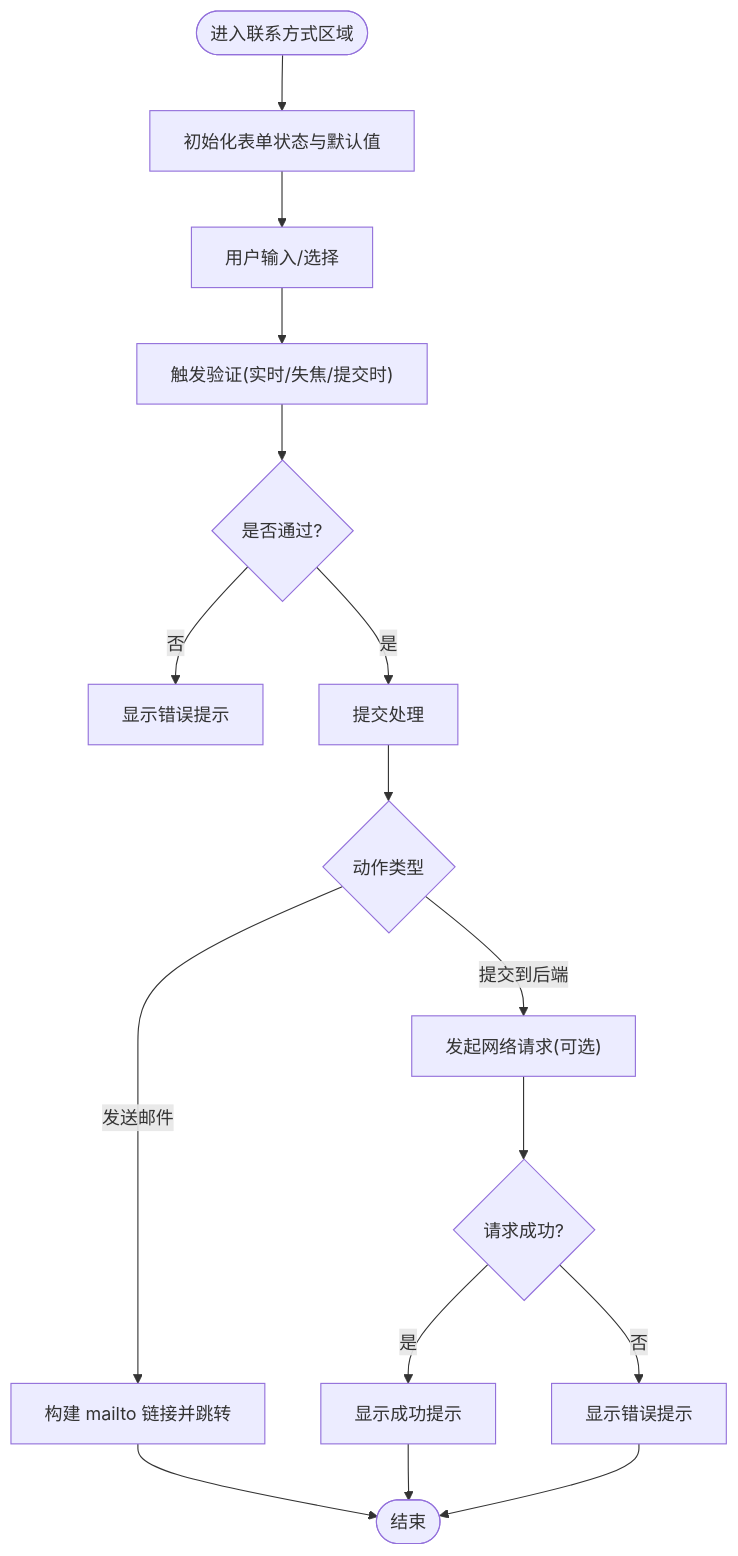
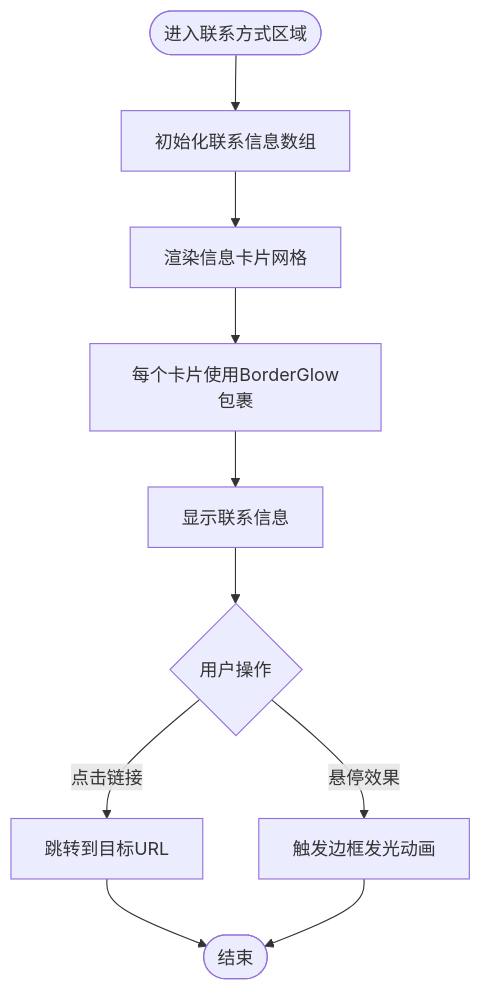
Before and after one commit to lithos666/lithos666.github.io: the third of 4 diagrams in .qoder/repowiki/zh/content/核心功能模块/联系方式组件.md, drawn with Mermaid. The commit also changed other lines of this file and 51 other files, not shown here.

````diff
--- a/.qoder/repowiki/zh/content/核心功能模块/联系方式组件.md
+++ b/.qoder/repowiki/zh/content/核心功能模块/联系方式组件.md
@@ -90,18 +116,12 @@
 ```mermaid
 flowchart TD
-Start(["进入联系方式区域"]) --> Init["初始化表单状态与默认值"]
-Init --> Input["用户输入/选择"]
-Input --> Validate["触发验证(实时/失焦/提交时)"]
-Validate --> Valid{"是否通过?"}
-Valid --> |否| ShowError["显示错误提示"]
-Valid --> |是| Submit["提交处理"]
-Submit --> Action{"动作类型"}
-Action --> |发送邮件| Mailto["构建 mailto 链接并跳转"]
-Action --> |提交到后端| API["发起网络请求(可选)"]
-API --> Result{"请求成功?"}
-Result --> |是| Success["显示成功提示"]
-Result --> |否| Error["显示错误提示"]
-Mailto --> End(["结束"])
-Success --> End
-Error --> End
+Start(["进入联系方式区域"]) --> Init["初始化联系信息数组"]
+Init --> Render["渲染信息卡片网格"]
+Render --> BorderGlow["每个卡片使用BorderGlow包裹"]
+BorderGlow --> Display["显示联系信息"]
+Display --> UserAction{"用户操作"}
+UserAction --> |点击链接| Navigate["跳转到目标URL"]
+UserAction --> |悬停效果| Hover["触发边框发光动画"]
+Navigate --> End(["结束"])
+Hover --> End
 ```
````
